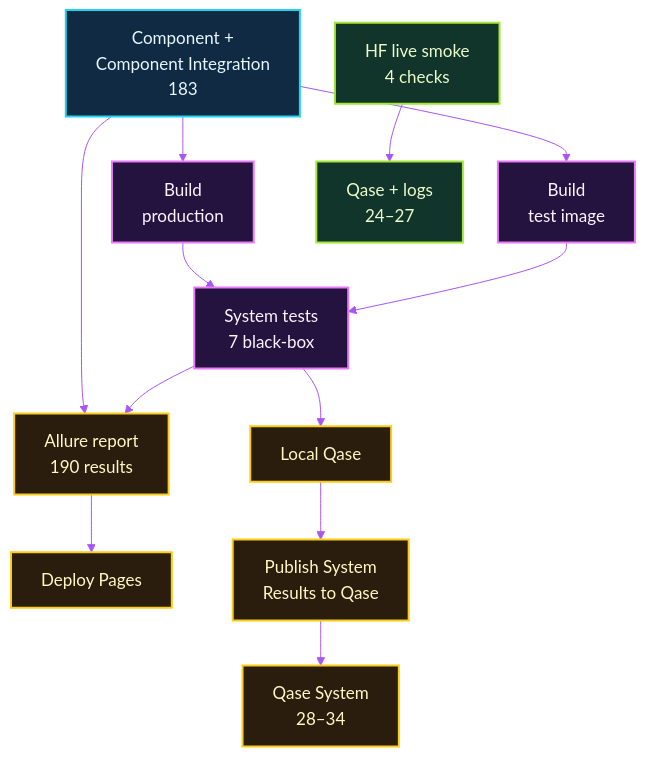
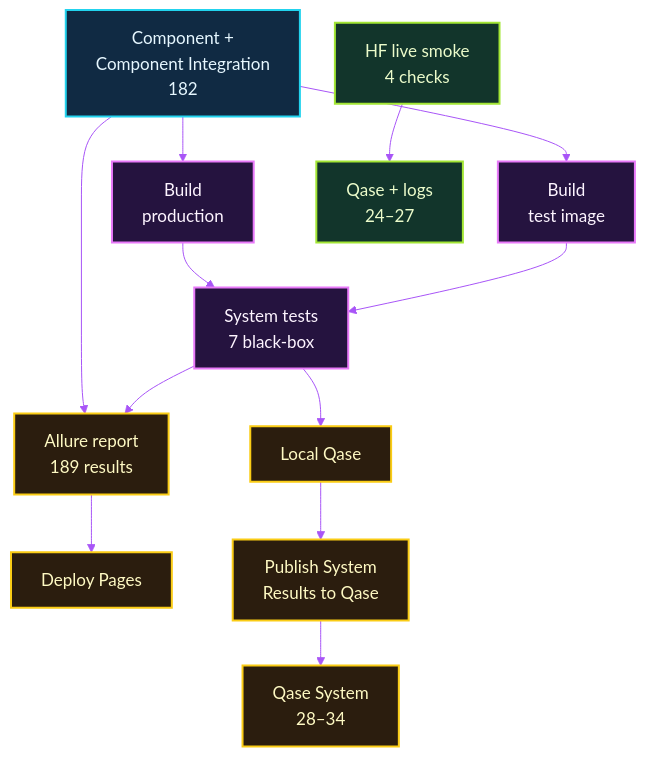
One commit to michalmarczuk/event-agent changed the third of 3 diagrams in docs/TESTING.md. Above: the diagram before and after it, drawn with Mermaid. The commit also changed other lines of this file and 13 other files, not shown here.

````diff
--- a/docs/TESTING.md
+++ b/docs/TESTING.md
@@ -112,26 +111,26 @@
 ```mermaid
 %%{init: {'theme': 'base', 'themeVariables': {'background': '#07111f', 'primaryColor': '#102a43', 'primaryTextColor': '#e6f7ff', 'primaryBorderColor': '#22d3ee', 'secondaryColor': '#25133f', 'tertiaryColor': '#12352b', 'lineColor': '#a855f7', 'fontFamily': 'ui-sans-serif, system-ui', 'fontSize': '17px'}, 'flowchart': {'nodeSpacing': 35, 'rankSpacing': 45}}}%%
 flowchart TB
-    component["Component +<br/>Component Integration<br/>183"] --> production["Build<br/>production"]
+    component["Component +<br/>Component Integration<br/>182"] --> production["Build<br/>production"]
     component --> test_image["Build<br/>test image"]
     production --> system["System tests<br/>7 black-box"]
     test_image --> system
-    component --> allure["Allure report<br/>190 results"]
+    component --> allure["Allure report<br/>189 results"]
     system --> allure
     allure --> pages["Deploy Pages"]
 
     system --> local["Local Qase"]
     local --> publish["Publish System<br/>Results to Qase"]
     publish --> qase["Qase System<br/>28–34"]
 
     hf["HF live smoke<br/>4 checks"] --> qase_live["Qase + logs<br/>24–27"]
 
     classDef ci fill:#102a43,stroke:#22d3ee,color:#e6f7ff,stroke-width:2px;
     classDef image fill:#25133f,stroke:#e879f9,color:#fdf4ff,stroke-width:2px;
     classDef report fill:#2b1d0e,stroke:#facc15,color:#fef9c3,stroke-width:2px;
     classDef live fill:#12352b,stroke:#a3e635,color:#ecfccb,stroke-width:2px;
     class component ci;
     class production,test_image,system image;
     class allure,pages,local,publish,qase report;
     class hf,qase_live live;
 ```
````
